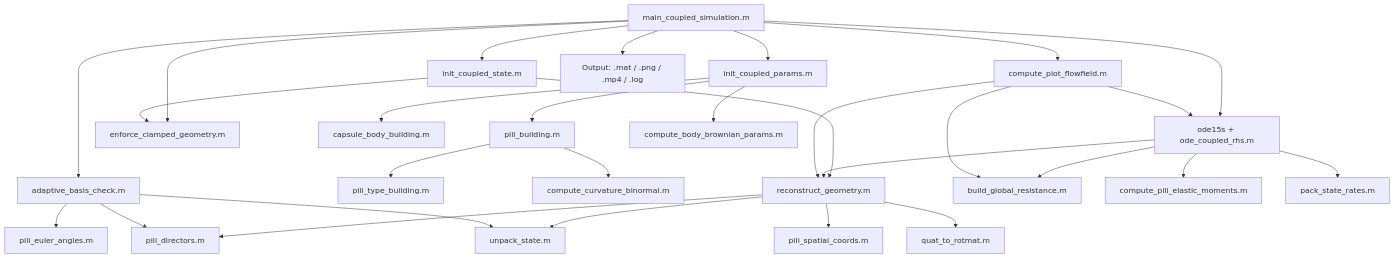
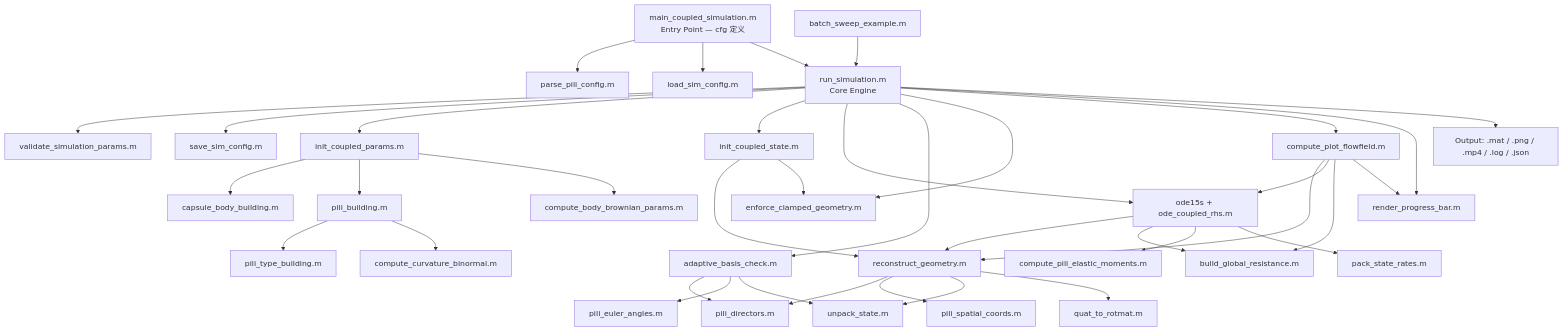
One commit to Lucien-6/Bacteria_Elastohydrodynamic_Simulation changed the diagram in README.md. Above: the diagram before and after it, drawn with Mermaid. The commit also changed other lines of this file and 10 other files, not shown here.

Commit message:
Enhance compute_plot_flowfield.m to accept flow_opts for configurable grid, quiver, and chunk parameters. Update main_coupled_simulation.m and README.md for version 3.1, introducing JSON configuration support, parameter validation, and improved progress feedback during simulations.

````diff
--- a/README.md
+++ b/README.md
@@ -132,37 +171,47 @@
 ```mermaid
 graph TD
-    A[main_coupled_simulation.m] --> B[init_coupled_params.m]
-    A --> C[init_coupled_state.m]
-    A --> D[ode15s + ode_coupled_rhs.m]
-    A --> E[adaptive_basis_check.m]
-    A --> F[enforce_clamped_geometry.m]
-    A --> V[compute_plot_flowfield.m]
-    A --> G[Output: .mat / .png / .mp4 / .log]
+    ENTRY[main_coupled_simulation.m<br/>Entry Point — cfg 定义] --> PC[parse_pili_config.m]
+    ENTRY --> LC[load_sim_config.m]
+    ENTRY --> RUN[run_simulation.m<br/>Core Engine]
+
+    RUN --> VAL[validate_simulation_params.m]
+    RUN --> SC[save_sim_config.m]
+    RUN --> B[init_coupled_params.m]
+    RUN --> C[init_coupled_state.m]
+    RUN --> D[ode15s + ode_coupled_rhs.m]
+    RUN --> E[adaptive_basis_check.m]
+    RUN --> F[enforce_clamped_geometry.m]
+    RUN --> V[compute_plot_flowfield.m]
+    RUN --> PB[render_progress_bar.m]
+    RUN --> G[Output: .mat / .png / .mp4 / .log / .json]
 
     B --> H[capsule_body_building.m]
     B --> I[pili_building.m]
     B --> W[compute_body_brownian_params.m]
     I --> J[pili_type_building.m]
     I --> K[compute_curvature_binormal.m]
 
     C --> L[reconstruct_geometry.m]
     C --> F
 
     D --> L
     D --> M[build_global_resistance.m]
     D --> N[compute_pili_elastic_moments.m]
     D --> P[pack_state_rates.m]
 
     V --> L
     V --> D
     V --> M
+    V --> PB
 
     L --> Q[pili_directors.m]
     L --> R[pili_spatial_coords.m]
     L --> S[unpack_state.m]
     L --> T[quat_to_rotmat.m]
 
     E --> Q
     E --> U[pili_euler_angles.m]
     E --> S
+
+    BATCH[batch_sweep_example.m] --> RUN
 ```
````
